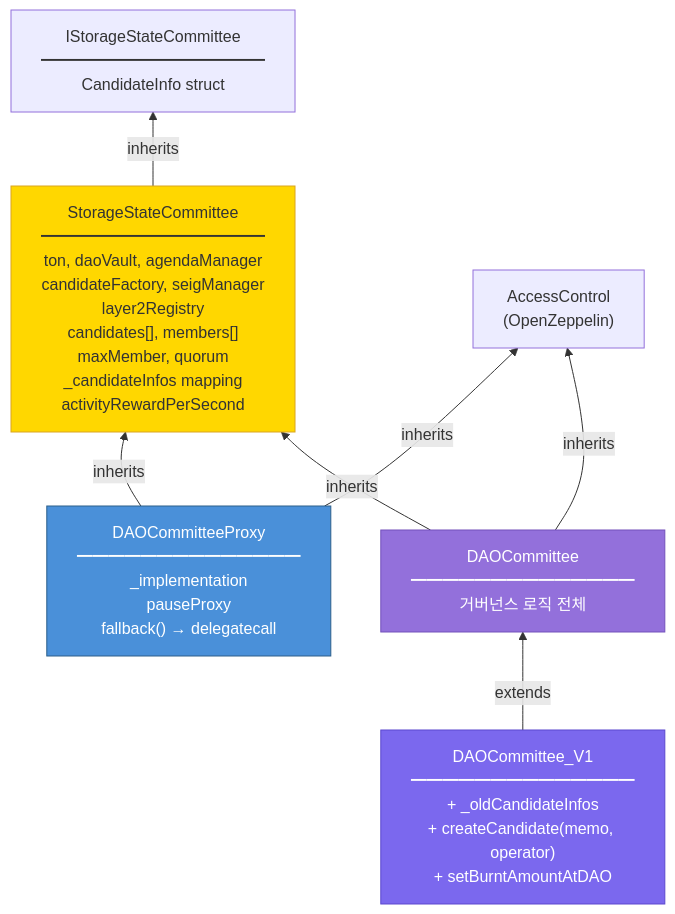
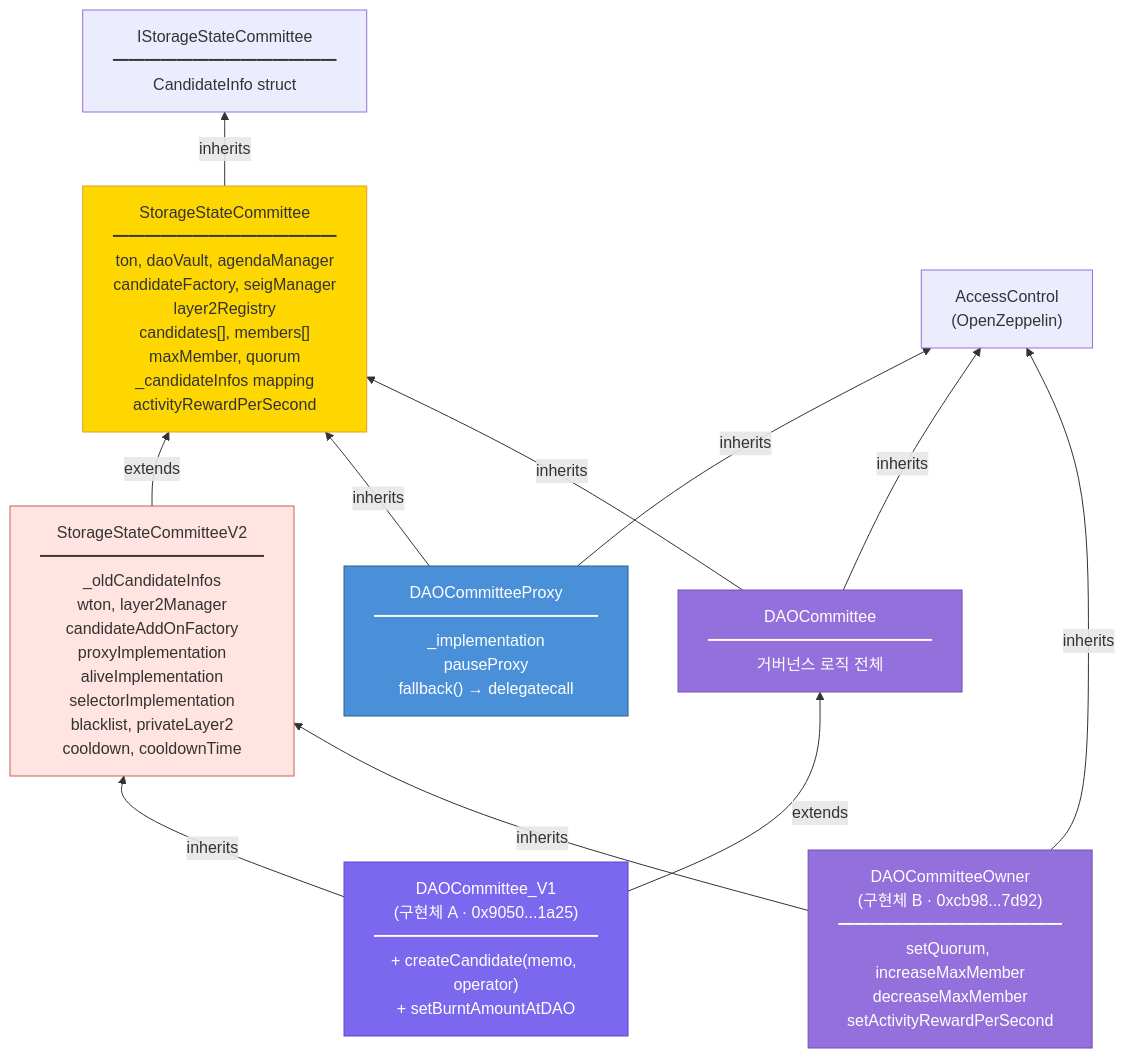
Before and after one commit to tokamak-network/tokamak-dao-v2: the sixth of 11 diagrams in docs/v1-architecture.md, drawn with Mermaid. The commit also changed other lines of this file, not shown here.

First line of the commit message:
docs: add full storage layout, inheritance, and on-chain state to V1 architecture

````diff
--- a/docs/v1-architecture.md
+++ b/docs/v1-architecture.md
@@ -214,26 +246,36 @@
 ```mermaid
 graph BT
+    ISSC["IStorageStateCommittee<br/>━━━━━━━━━━━━━━<br/>CandidateInfo struct"]
+
     SSC["StorageStateCommittee<br/>━━━━━━━━━━━━━━<br/>ton, daoVault, agendaManager<br/>candidateFactory, seigManager<br/>layer2Registry<br/>candidates[], members[]<br/>maxMember, quorum<br/>_candidateInfos mapping<br/>activityRewardPerSecond"]
 
-    ISSC["IStorageStateCommittee<br/>━━━━━━━━━━━━━━<br/>CandidateInfo struct"]
+    SSCV2["StorageStateCommitteeV2<br/>━━━━━━━━━━━━━━<br/>_oldCandidateInfos<br/>wton, layer2Manager<br/>candidateAddOnFactory<br/>proxyImplementation<br/>aliveImplementation<br/>selectorImplementation<br/>blacklist, privateLayer2<br/>cooldown, cooldownTime"]
 
     AC["AccessControl<br/>(OpenZeppelin)"]
 
     DCP["DAOCommitteeProxy<br/>━━━━━━━━━━━━━━<br/>_implementation<br/>pauseProxy<br/>fallback() → delegatecall"]
 
     DC["DAOCommittee<br/>━━━━━━━━━━━━━━<br/>거버넌스 로직 전체"]
 
-    DCV1["DAOCommittee_V1<br/>━━━━━━━━━━━━━━<br/>+ _oldCandidateInfos<br/>+ createCandidate(memo, operator)<br/>+ setBurntAmountAtDAO"]
+    DCV1["DAOCommittee_V1<br/>(구현체 A · 0x9050...1a25)<br/>━━━━━━━━━━━━━━<br/>+ createCandidate(memo, operator)<br/>+ setBurntAmountAtDAO"]
+
+    DCO["DAOCommitteeOwner<br/>(구현체 B · 0xcb98...7d92)<br/>━━━━━━━━━━━━━━<br/>setQuorum, increaseMaxMember<br/>decreaseMaxMember<br/>setActivityRewardPerSecond"]
 
     SSC -->|"inherits"| ISSC
+    SSCV2 -->|"extends"| SSC
     DCP -->|"inherits"| SSC
     DCP -->|"inherits"| AC
     DC -->|"inherits"| SSC
     DC -->|"inherits"| AC
     DCV1 -->|"extends"| DC
+    DCV1 -->|"inherits"| SSCV2
+    DCO -->|"inherits"| SSCV2
+    DCO -->|"inherits"| AC
 
     style SSC fill:#FFD700,stroke:#DAA520,color:#333
+    style SSCV2 fill:#FFE4E1,stroke:#CD5C5C,color:#333
     style DCP fill:#4A90D9,stroke:#2C5F8A,color:#fff
     style DC fill:#9370DB,stroke:#7350BB,color:#fff
     style DCV1 fill:#7B68EE,stroke:#5B48CE,color:#fff
+    style DCO fill:#9370DB,stroke:#7350BB,color:#fff
 ```
````
